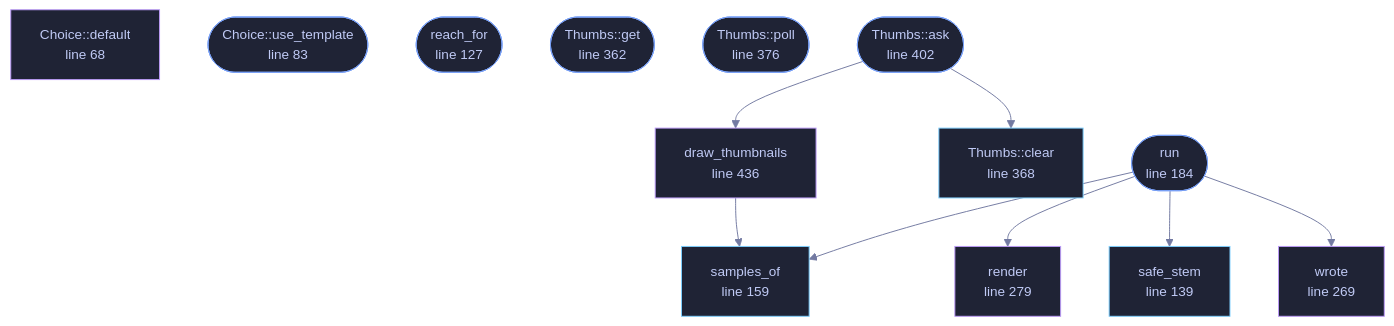
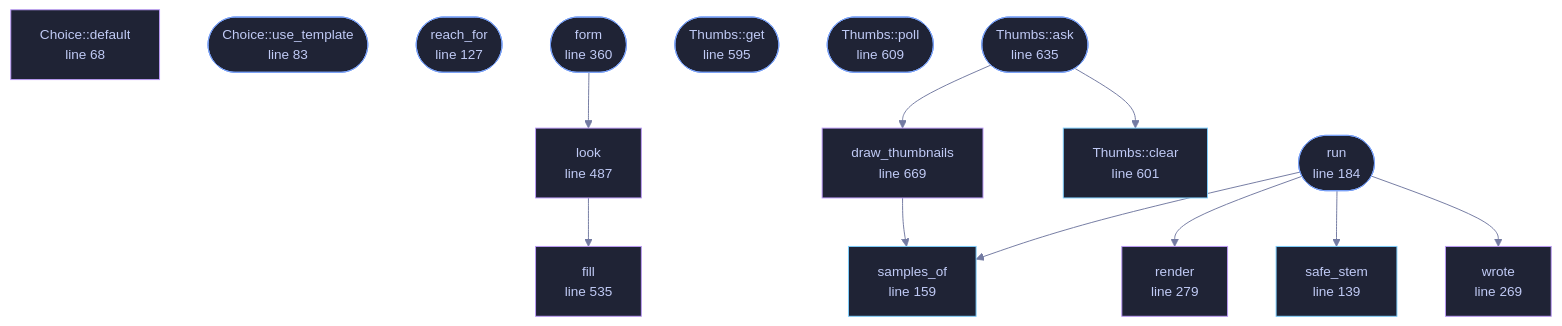
Before and after one commit to tilas01/veilvoice: the diagram in docs/files/veilvoice-gui/exporting.md, drawn with Mermaid. The commit also changed other lines of this file and 48 other files, not shown here.

First line of the commit message:
Roadmap 175 done: the Browser exports the way a recorder does, with a picture of every recording

````diff
--- a/docs/files/veilvoice-gui/exporting.md
+++ b/docs/files/veilvoice-gui/exporting.md
@@ -102,43 +104,51 @@
 ```mermaid
 %%{init: {"theme":"base","themeVariables":{"background":"#1a1b26","primaryColor":"#1f2335","primaryTextColor":"#c0caf5","primaryBorderColor":"#7aa2f7","secondaryColor":"#16161e","tertiaryColor":"#16161e","lineColor":"#737aa2","textColor":"#c0caf5","mainBkg":"#1f2335","nodeBorder":"#7aa2f7","clusterBkg":"#16161e","clusterBorder":"#2f3549","fontFamily":"ui-monospace, SFMono-Regular, Consolas, monospace","fontSize":"14px"}}}%%
 flowchart TD
     n_default["Choice::default<br/>line 68"]
     n_use_template(["Choice::use_template<br/>line 83"])
     n_reach_for(["reach_for<br/>line 127"])
     n_safe_stem["safe_stem<br/>line 139"]
     n_samples_of["samples_of<br/>line 159"]
     n_run(["run<br/>line 184"])
     n_wrote["wrote<br/>line 269"]
     n_render["render<br/>line 279"]
-    n_get(["Thumbs::get<br/>line 362"])
-    n_clear["Thumbs::clear<br/>line 368"]
-    n_poll(["Thumbs::poll<br/>line 376"])
-    n_ask(["Thumbs::ask<br/>line 402"])
-    n_draw_thumbnails["draw_thumbnails<br/>line 436"]
+    n_form(["form<br/>line 360"])
+    n_look["look<br/>line 487"]
+    n_fill["fill<br/>line 535"]
+    n_get(["Thumbs::get<br/>line 595"])
+    n_clear["Thumbs::clear<br/>line 601"]
+    n_poll(["Thumbs::poll<br/>line 609"])
+    n_ask(["Thumbs::ask<br/>line 635"])
+    n_draw_thumbnails["draw_thumbnails<br/>line 669"]
     n_ask --> n_clear
     n_ask --> n_draw_thumbnails
     n_draw_thumbnails --> n_samples_of
+    n_form --> n_look
+    n_look --> n_fill
     n_run --> n_render
     n_run --> n_safe_stem
     n_run --> n_samples_of
     n_run --> n_wrote
     click n_default href "https://github.com/tilas01/veilvoice/blob/main/crates/veilvoice-gui/src/exporting.rs#L68" "open the source"
     click n_use_template href "https://github.com/tilas01/veilvoice/blob/main/crates/veilvoice-gui/src/exporting.rs#L83" "open the source"
     click n_reach_for href "https://github.com/tilas01/veilvoice/blob/main/crates/veilvoice-gui/src/exporting.rs#L127" "open the source"
     click n_safe_stem href "https://github.com/tilas01/veilvoice/blob/main/crates/veilvoice-gui/src/exporting.rs#L139" "open the source"
     click n_samples_of href "https://github.com/tilas01/veilvoice/blob/main/crates/veilvoice-gui/src/exporting.rs#L159" "open the source"
     click n_run href "https://github.com/tilas01/veilvoice/blob/main/crates/veilvoice-gui/src/exporting.rs#L184" "open the source"
     click n_wrote href "https://github.com/tilas01/veilvoice/blob/main/crates/veilvoice-gui/src/exporting.rs#L269" "open the source"
     click n_render href "https://github.com/tilas01/veilvoice/blob/main/crates/veilvoice-gui/src/exporting.rs#L279" "open the source"
-    click n_get href "https://github.com/tilas01/veilvoice/blob/main/crates/veilvoice-gui/src/exporting.rs#L362" "open the source"
-    click n_clear href "https://github.com/tilas01/veilvoice/blob/main/crates/veilvoice-gui/src/exporting.rs#L368" "open the source"
-    click n_poll href "https://github.com/tilas01/veilvoice/blob/main/crates/veilvoice-gui/src/exporting.rs#L376" "open the source"
-    click n_ask href "https://github.com/tilas01/veilvoice/blob/main/crates/veilvoice-gui/src/exporting.rs#L402" "open the source"
-    click n_draw_thumbnails href "https://github.com/tilas01/veilvoice/blob/main/crates/veilvoice-gui/src/exporting.rs#L436" "open the source"
+    click n_form href "https://github.com/tilas01/veilvoice/blob/main/crates/veilvoice-gui/src/exporting.rs#L360" "open the source"
+    click n_look href "https://github.com/tilas01/veilvoice/blob/main/crates/veilvoice-gui/src/exporting.rs#L487" "open the source"
+    click n_fill href "https://github.com/tilas01/veilvoice/blob/main/crates/veilvoice-gui/src/exporting.rs#L535" "open the source"
+    click n_get href "https://github.com/tilas01/veilvoice/blob/main/crates/veilvoice-gui/src/exporting.rs#L595" "open the source"
+    click n_clear href "https://github.com/tilas01/veilvoice/blob/main/crates/veilvoice-gui/src/exporting.rs#L601" "open the source"
+    click n_poll href "https://github.com/tilas01/veilvoice/blob/main/crates/veilvoice-gui/src/exporting.rs#L609" "open the source"
+    click n_ask href "https://github.com/tilas01/veilvoice/blob/main/crates/veilvoice-gui/src/exporting.rs#L635" "open the source"
+    click n_draw_thumbnails href "https://github.com/tilas01/veilvoice/blob/main/crates/veilvoice-gui/src/exporting.rs#L669" "open the source"
     classDef entry fill:#1f2335,stroke:#7aa2f7,color:#c0caf5
-    class n_use_template,n_reach_for,n_run,n_get,n_poll,n_ask entry
+    class n_use_template,n_reach_for,n_run,n_form,n_get,n_poll,n_ask entry
     classDef api fill:#1f2335,stroke:#7dcfff,color:#c0caf5
     class n_safe_stem,n_samples_of,n_clear api
     classDef helper fill:#1f2335,stroke:#bb9af7,color:#c0caf5
-    class n_default,n_wrote,n_render,n_draw_thumbnails helper
+    class n_default,n_wrote,n_render,n_look,n_fill,n_draw_thumbnails helper
 ```
````
